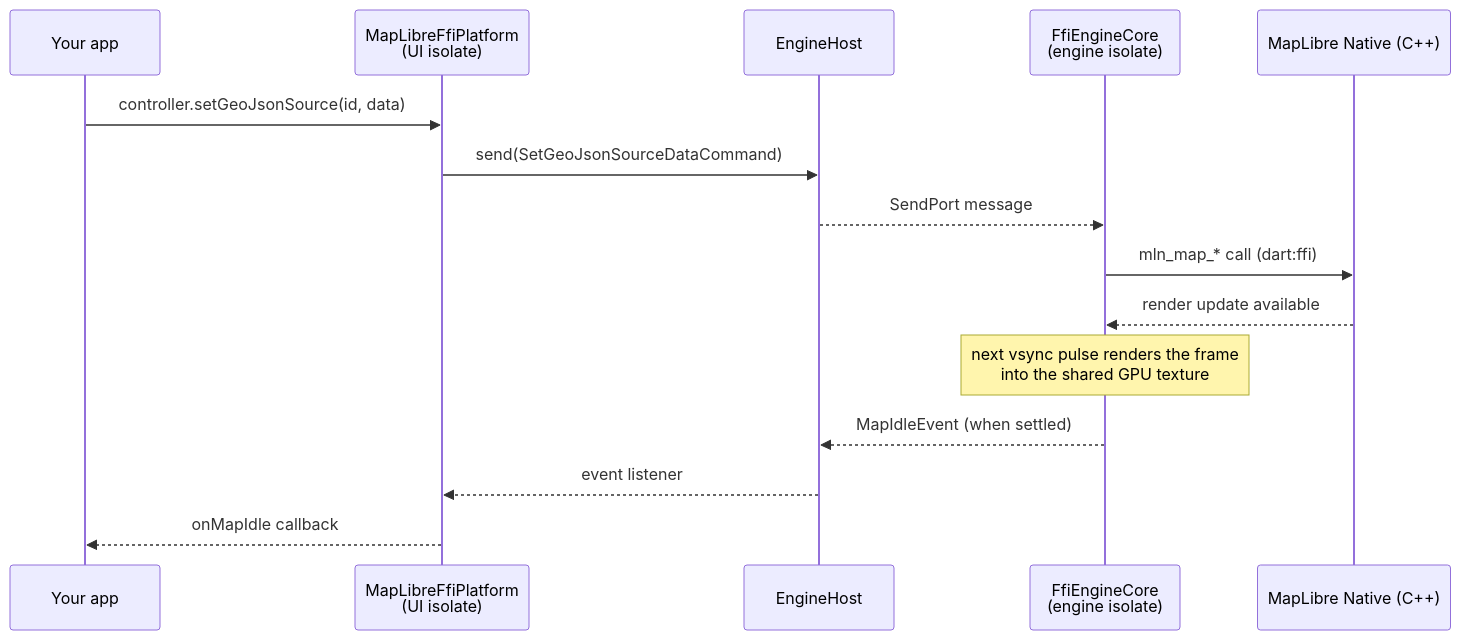
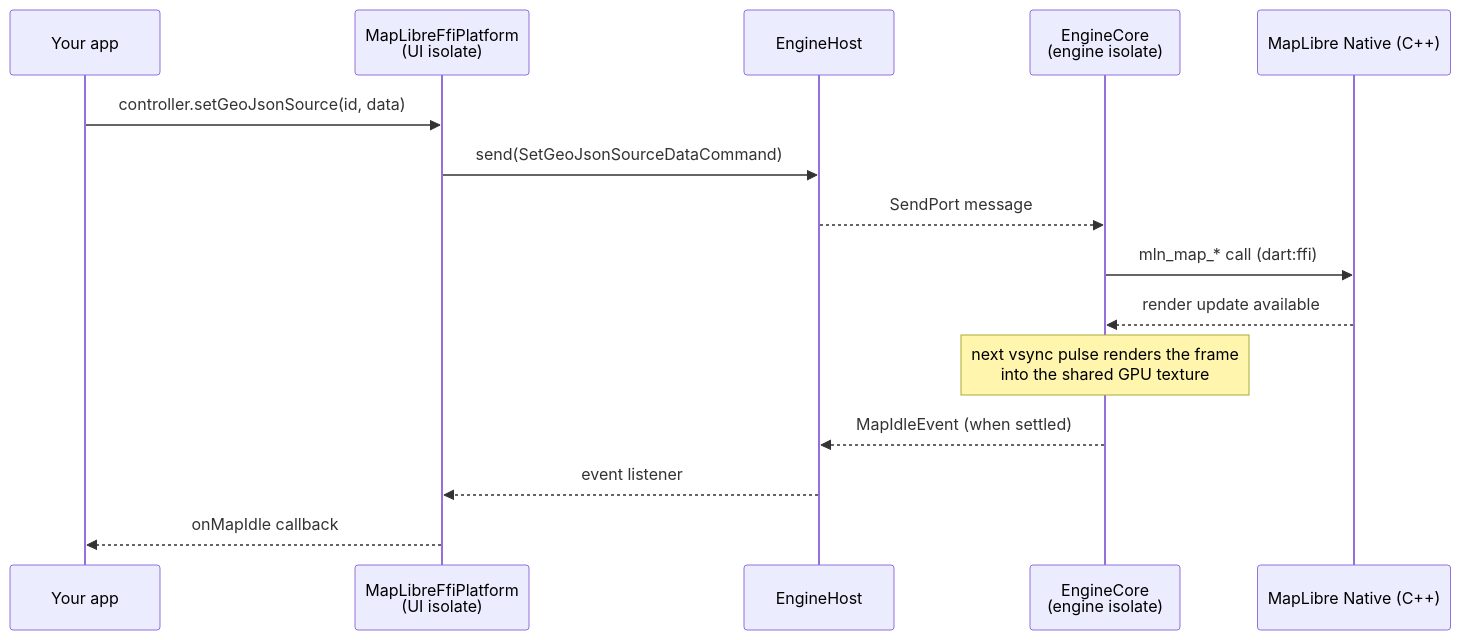
The second of 3 diagrams in maplibre_gl_native/ARCHITECTURE.md (maplibre/flutter-maplibre-gl), drawn with Mermaid before and after one commit. The commit also changed other lines of this file and 33 other files, not shown here.

````diff
--- a/maplibre_gl_native/ARCHITECTURE.md
+++ b/maplibre_gl_native/ARCHITECTURE.md
@@ -50,18 +50,18 @@
 ```mermaid
 sequenceDiagram
     participant App as Your app
     participant Plat as MapLibreFfiPlatform<br/>(UI isolate)
     participant Host as EngineHost
-    participant Core as FfiEngineCore<br/>(engine isolate)
+    participant Core as EngineCore<br/>(engine isolate)
     participant Native as MapLibre Native (C++)
 
     App->>Plat: controller.setGeoJsonSource(id, data)
     Plat->>Host: send(SetGeoJsonSourceDataCommand)
     Host-->>Core: SendPort message
     Core->>Native: mln_map_* call (dart:ffi)
     Native-->>Core: render update available
     Note over Core: next vsync pulse renders the frame<br/>into the shared GPU texture
     Core-->>Host: MapIdleEvent (when settled)
     Host-->>Plat: event listener
     Plat-->>App: onMapIdle callback
 ```
````
